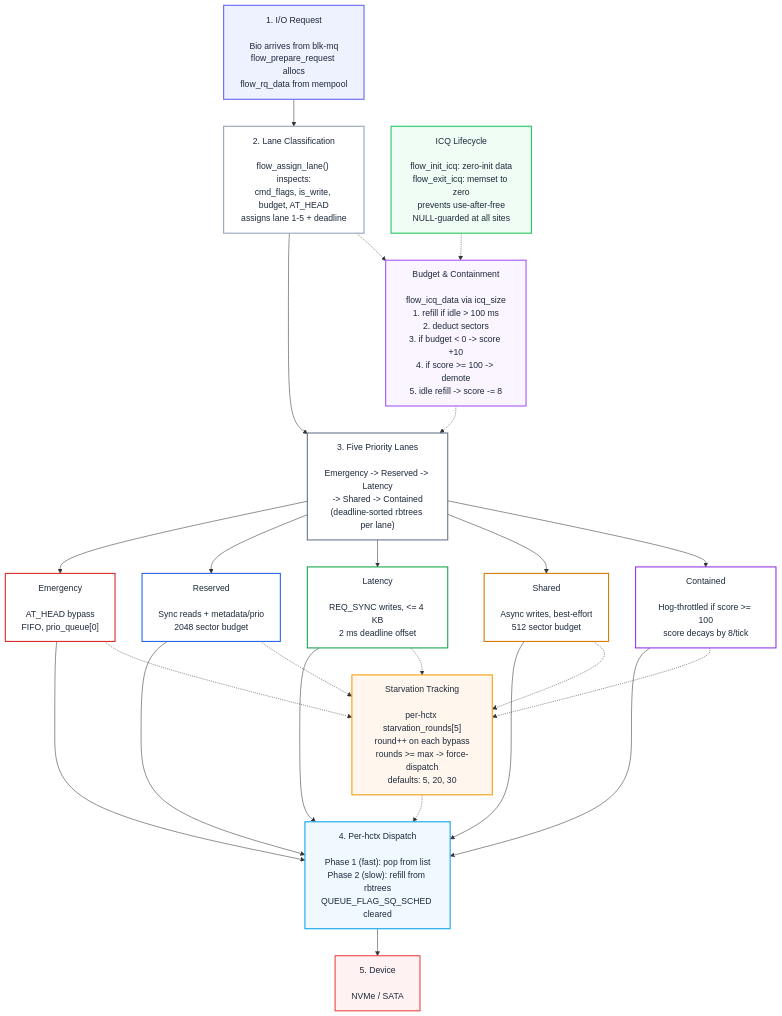
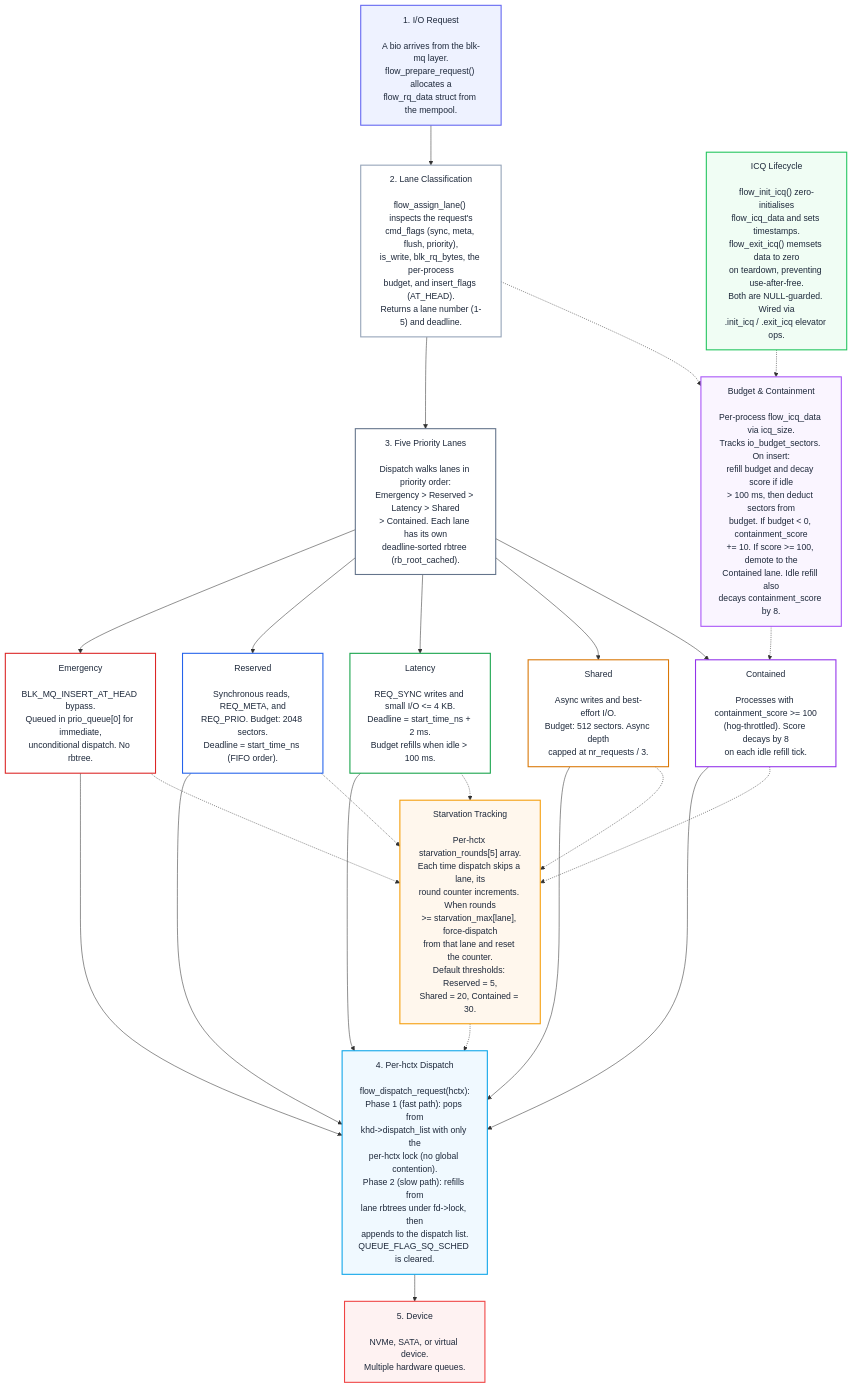
Before and after one commit to galpt/flow-iosched: the diagram in README.md, drawn with Mermaid.

Commit message:
Rewrite Mermaid node labels with proper sentences and punctuation
Each node now reads as complete sentences rather than fragmented
bullet lists.  Examples:

  Before: 'Bio arrives from blk-mq / flow_prepare_request allocs'
  After:  'A bio arrives from the blk-mq layer. flow_prepare_request()
           allocates a flow_rq_data struct from the mempool.'

  Before: 'budget check -> demote to contained lane'
  After:  'If budget < 0, containment_score += 10. If score >= 100,
           demote to the Contained lane.'

Node labels are also more self-contained so readers who skim the
diagram can understand each component without referring to the
text below.

```diff
--- a/README.md
+++ b/README.md
@@ -29,79 +29,100 @@
 flowchart TB
     A1["1. I/O Request
 
-Bio arrives from blk-mq
-flow_prepare_request allocs
-flow_rq_data from mempool"]
+A bio arrives from the blk-mq layer.
+flow_prepare_request() allocates a
+flow_rq_data struct from the mempool."]
 
     B1["2. Lane Classification
 
-flow_assign_lane() inspects:
-cmd_flags, is_write, budget, AT_HEAD
-assigns lane 1-5 + deadline"]
+flow_assign_lane() inspects the request's
+cmd_flags (sync, meta, flush, priority),
+is_write, blk_rq_bytes, the per-process
+budget, and insert_flags (AT_HEAD).
+Returns a lane number (1-5) and deadline."]
 
     N3["3. Five Priority Lanes
 
-Emergency -> Reserved -> Latency
--> Shared -> Contained
-(deadline-sorted rbtrees per lane)"]
+Dispatch walks lanes in priority order:
+Emergency > Reserved > Latency > Shared
+> Contained. Each lane has its own
+deadline-sorted rbtree (rb_root_cached)."]
 
     C1["Emergency
 
-AT_HEAD bypass
-FIFO, prio_queue[0]"]
+BLK_MQ_INSERT_AT_HEAD bypass.
+Queued in prio_queue[0] for immediate,
+unconditional dispatch. No rbtree."]
 
     D1["Reserved
 
-Sync reads + metadata/prio
-2048 sector budget"]
+Synchronous reads, REQ_META, and
+REQ_PRIO. Budget: 2048 sectors.
+Deadline = start_time_ns (FIFO order)."]
 
     E1["Latency
 
-REQ_SYNC writes, <= 4 KB
-2 ms deadline offset"]
+REQ_SYNC writes and small I/O <= 4 KB.
+Deadline = start_time_ns + 2 ms.
+Budget refills when idle > 100 ms."]
 
     F1["Shared
 
-Async writes, best-effort
-512 sector budget"]
+Async writes and best-effort I/O.
+Budget: 512 sectors. Async depth
+capped at nr_requests / 3."]
 
     G1["Contained
 
-Hog-throttled if score >= 100
-score decays by 8/tick"]
+Processes with containment_score >= 100
+(hog-throttled). Score decays by 8
+on each idle refill tick."]
 
     H1["4. Per-hctx Dispatch
 
-Phase 1 (fast): pop from list
-Phase 2 (slow): refill from rbtrees
-QUEUE_FLAG_SQ_SCHED cleared"]
+flow_dispatch_request(hctx):
+Phase 1 (fast path): pops from
+khd->dispatch_list with only the
+per-hctx lock (no global contention).
+Phase 2 (slow path): refills from
+lane rbtrees under fd->lock, then
+appends to the dispatch list.
+QUEUE_FLAG_SQ_SCHED is cleared."]
 
     I1["5. Device
 
-NVMe / SATA"]
+NVMe, SATA, or virtual device.
+Multiple hardware queues."]
 
     J1["Budget & Containment
 
-flow_icq_data via icq_size
-1. refill if idle > 100 ms
-2. deduct sectors
-3. if budget < 0 -> score +10
-4. if score >= 100 -> demote
-5. idle refill -> score -= 8"]
+Per-process flow_icq_data via icq_size.
+Tracks io_budget_sectors. On insert:
+refill budget and decay score if idle
+> 100 ms, then deduct sectors from
+budget. If budget < 0, containment_score
++= 10. If score >= 100, demote to the
+Contained lane. Idle refill also
+decays containment_score by 8."]
 
     K1["Starvation Tracking
 
-per-hctx starvation_rounds[5]
-round++ on each bypass
-rounds >= max -> force-dispatch
-defaults: 5, 20, 30"]
+Per-hctx starvation_rounds[5] array.
+Each time dispatch skips a lane, its
+round counter increments. When rounds
+>= starvation_max[lane], force-dispatch
+from that lane and reset the counter.
+Default thresholds: Reserved = 5,
+Shared = 20, Contained = 30."]
 
     L1["ICQ Lifecycle
 
-flow_init_icq: zero-init data
-flow_exit_icq: memset to zero
-prevents use-after-free
-NULL-guarded at all sites"]
+flow_init_icq() zero-initialises
+flow_icq_data and sets timestamps.
+flow_exit_icq() memsets data to zero
+on teardown, preventing use-after-free.
+Both are NULL-guarded. Wired via
+.init_icq / .exit_icq elevator ops."]
 
     A1 --> B1
     B1 --> N3
@@ -118,7 +139,7 @@
     H1 --> I1
 
     B1 -.-> J1
-    J1 -.-> N3
+    J1 -.-> G1
     C1 -.-> K1
     D1 -.-> K1
     E1 -.-> K1
```
